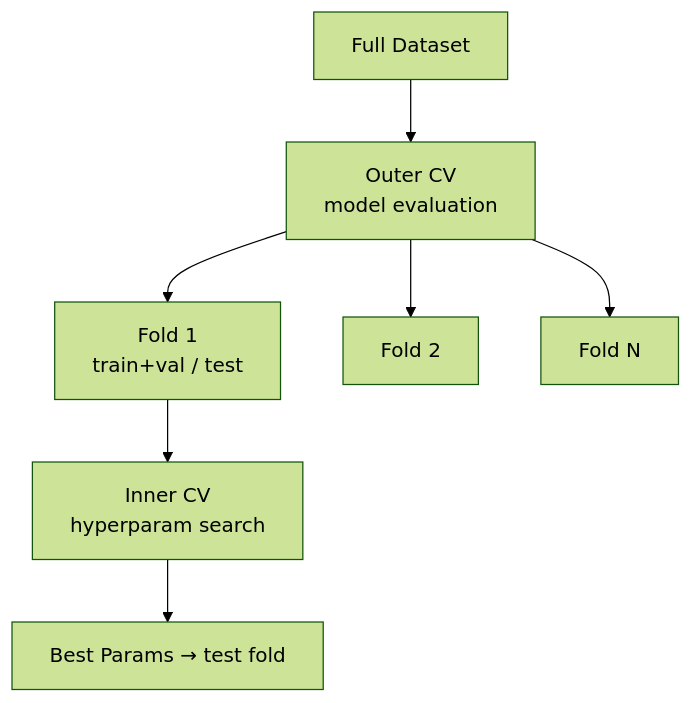
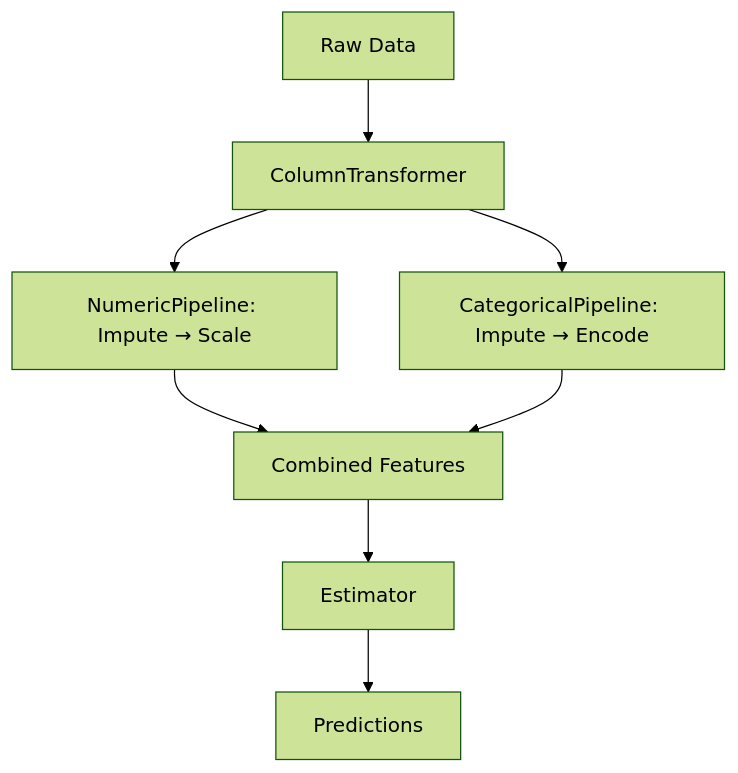
One commit to BakhodiribnYashinibnMansur/SeniorProject changed the ninth of 20 diagrams in Roadmap/AI-and-Data/ai-data-scientist/TEMPLATE.md. Above: the diagram before and after it, drawn with Mermaid (forest theme). The commit also changed other lines of this file and 17 other files, not shown here.

First line of the commit message:
update TEMPLATE.md files: add new roadmaps, fix SQL template, improve existing templates

````diff
--- a/Roadmap/AI-and-Data/ai-data-scientist/TEMPLATE.md
+++ b/Roadmap/AI-and-Data/ai-data-scientist/TEMPLATE.md
@@ -376,9 +1851,10 @@
 ```mermaid
-flowchart TD
-    Data[Full Dataset] --> OuterCV[Outer CV\nmodel evaluation]
-    OuterCV --> Fold1[Fold 1\ntrain+val / test]
-    OuterCV --> Fold2[Fold 2]
-    OuterCV --> FoldN[Fold N]
-    Fold1 --> InnerCV[Inner CV\nhyperparam search]
-    InnerCV --> BestModel[Best Params → test fold]
+graph TD
+    A[Raw Data] --> B[ColumnTransformer]
+    B --> B1[NumericPipeline: Impute → Scale]
+    B --> B2[CategoricalPipeline: Impute → Encode]
+    B1 --> C[Combined Features]
+    B2 --> C
+    C --> D[Estimator]
+    D --> E[Predictions]
 ```
````
